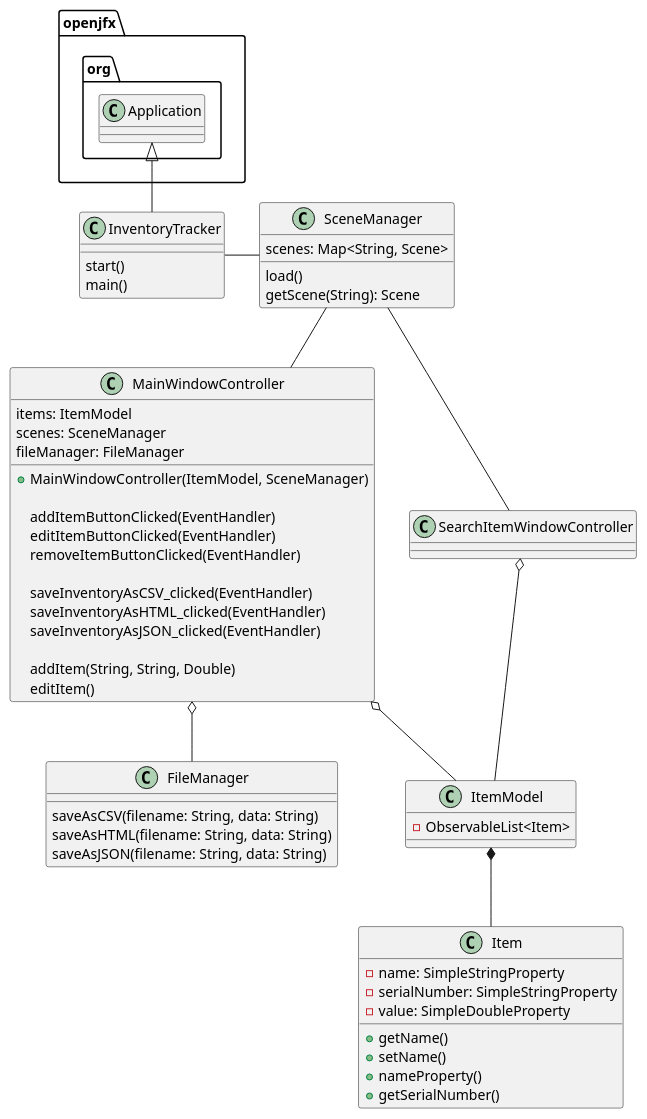
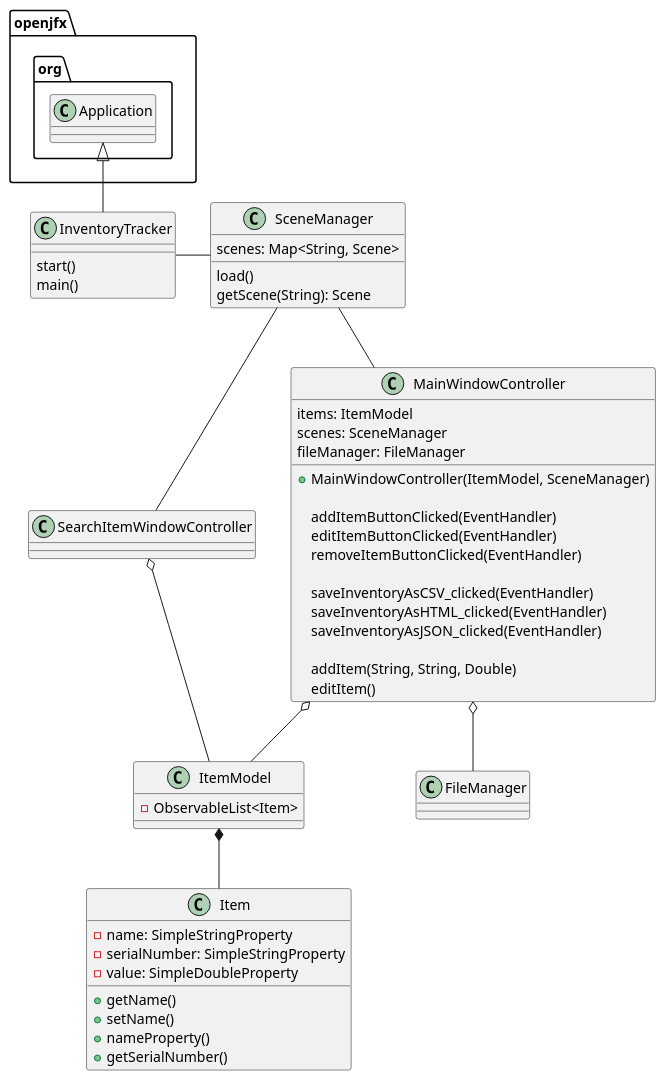
Before and after one commit to mbnic/milescubrahmbhatt-4073-a5: the diagram in uml/exercise56.puml, drawn with PlantUML. The commit also changed 7 other files, not shown here.

```diff
--- a/uml/exercise56.puml
+++ b/uml/exercise56.puml
@@ -1,78 +1,70 @@
 @startuml
 'https://plantuml.com/class-diagram
 
 class InventoryTracker {
     start()
     main()
 }
 
 class SceneManager {
     scenes: Map<String, Scene>
 
     load()
     getScene(String): Scene
 }
 
 class MainWindowController {
     items: ItemModel
     scenes: SceneManager
     fileManager: FileManager
 
     + MainWindowController(ItemModel, SceneManager)
 
     addItemButtonClicked(EventHandler)
     editItemButtonClicked(EventHandler)
     removeItemButtonClicked(EventHandler)
 
     saveInventoryAsCSV_clicked(EventHandler)
     saveInventoryAsHTML_clicked(EventHandler)
     saveInventoryAsJSON_clicked(EventHandler)
 
     addItem(String, String, Double)
     editItem()
 
 
 }
 
-class FileManager {
-    saveAsCSV(filename: String, data: String)
-    saveAsHTML(filename: String, data: String)
-    saveAsJSON(filename: String, data: String)
-}
-
-
-
 
 class SearchItemWindowController {
 }
 
 class ItemModel {
     - ObservableList<Item>
 }
 
 class Item {
     - name: SimpleStringProperty
     - serialNumber: SimpleStringProperty
     - value: SimpleDoubleProperty
 
     + getName()
     + setName()
     + nameProperty()
     + getSerialNumber()
 
 }
 
 openjfx.org.Application <|-- InventoryTracker
 InventoryTracker - SceneManager
 SceneManager -- MainWindowController
 SceneManager -- SearchItemWindowController
 MainWindowController o-- ItemModel
 MainWindowController o-- FileManager
 
 SearchItemWindowController o-- ItemModel
 ItemModel *-- Item
 
 
 
 
 @enduml
```
